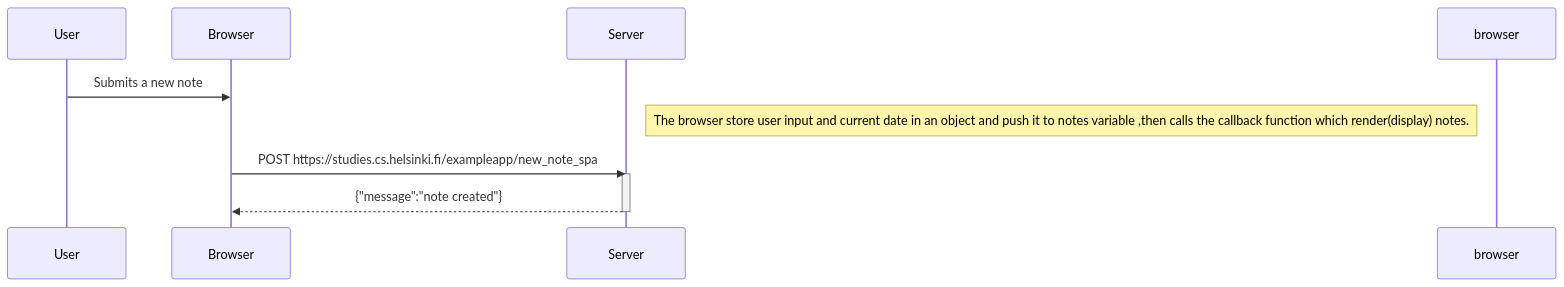
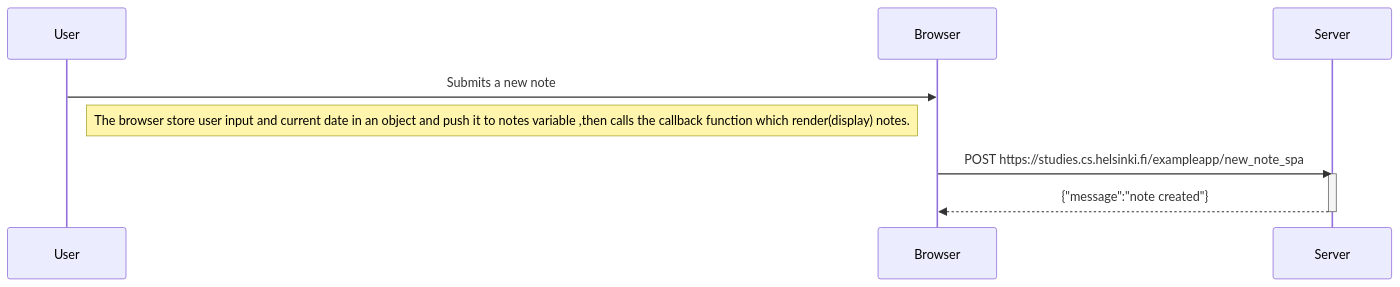
Before and after one commit to ethio-man/Submission: the diagram in part0/Exercise0.6 .md, drawn with Mermaid.

Commit message:
spelling fix

````diff
--- a/part0/Exercise0.6 .md
+++ b/part0/Exercise0.6 .md
@@ -3,16 +3,16 @@
 ```mermaid
 sequenceDiagram
 participant User
 participant Browser
 participant Server
 
 User->>Browser: Submits a new note
 
-Note left of browser: The browser store user input and current date in an object and push it to notes variable ,then calls the callback function which render(display) notes.
+Note left of Browser: The browser store user input and current date in an object and push it to notes variable ,then calls the callback function which render(display) notes.
 
 Browser->>Server: POST https://studies.cs.helsinki.fi/exampleapp/new_note_spa
 activate Server
 Server-->>Browser: {"message":"note created"}
 deactivate Server
 
 ```
````
